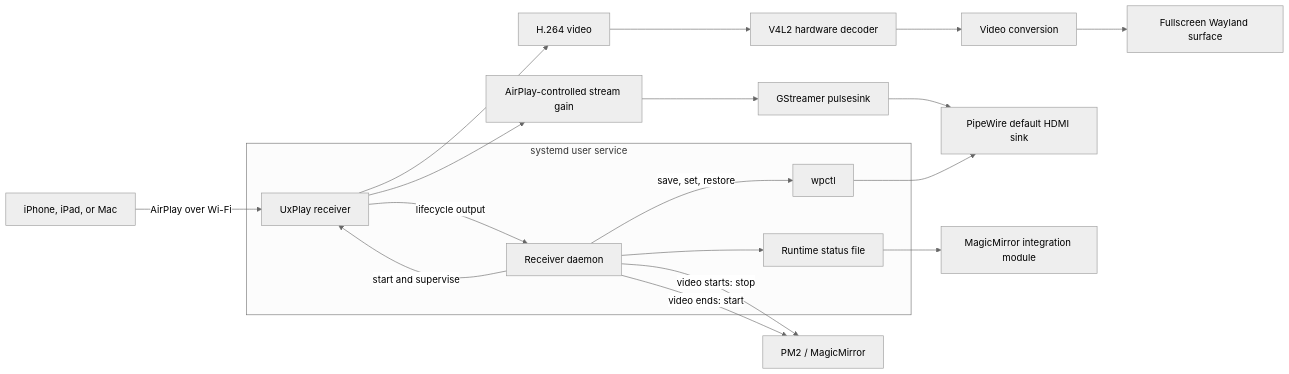
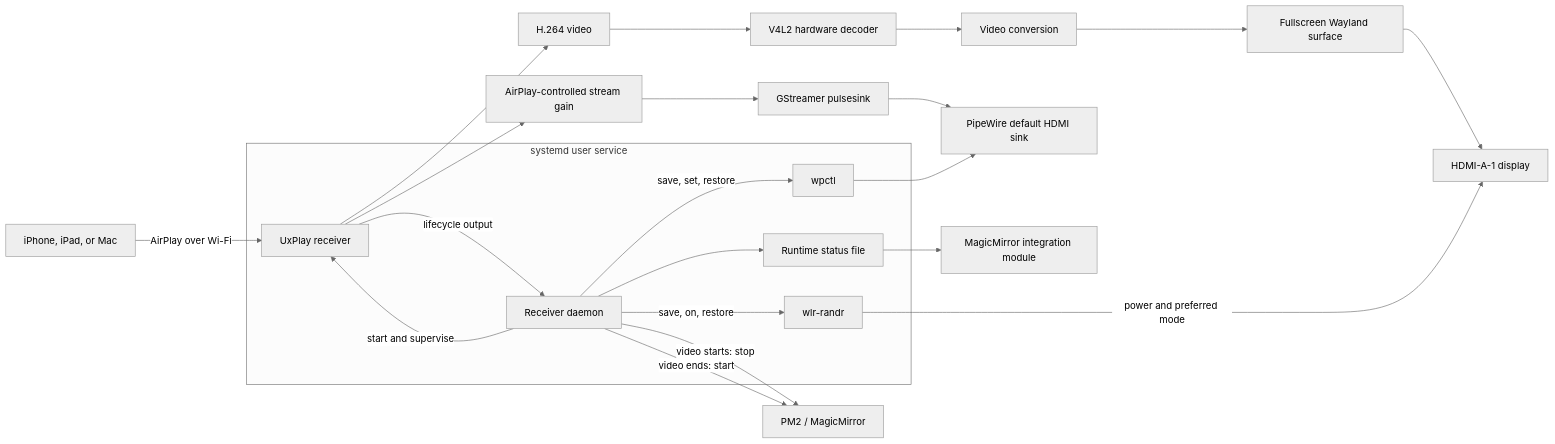
One commit to streicherlouw/MMM-Airplay-Receiver changed the diagram in README.md. Above: the diagram before and after it, drawn with Mermaid (neutral theme). The commit also changed other lines of this file and 7 other files, not shown here.

Commit message:
Manage display power during AirPlay sessions

````diff
--- a/README.md
+++ b/README.md
@@ -64,25 +73,28 @@
 ```mermaid
 flowchart LR
     Apple["iPhone, iPad, or Mac"] -->|"AirPlay over Wi-Fi"| UxPlay["UxPlay receiver"]
 
     subgraph ReceiverService["systemd user service"]
         Daemon["Receiver daemon"] -->|"start and supervise"| UxPlay
         UxPlay -->|"lifecycle output"| Daemon
         Daemon --> Status["Runtime status file"]
         Daemon -->|"save, set, restore"| Wpctl["wpctl"]
+        Daemon -->|"save, on, restore"| WlrRandr["wlr-randr"]
     end
 
     UxPlay --> Video["H.264 video"]
     Video --> Decoder["V4L2 hardware decoder"]
     Decoder --> Convert["Video conversion"]
     Convert --> Wayland["Fullscreen Wayland surface"]
+    Wayland --> HDMI["HDMI-A-1 display"]
+    WlrRandr -->|"power and preferred mode"| HDMI
 
     UxPlay --> Audio["AirPlay-controlled stream gain"]
     Audio --> Pulse["GStreamer pulsesink"]
     Pulse --> PipeWire["PipeWire default HDMI sink"]
     Wpctl --> PipeWire
 
     Daemon -->|"video starts: stop"| PM2["PM2 / MagicMirror"]
     Daemon -->|"video ends: start"| PM2
     Status --> Module["MagicMirror integration module"]
 ```
````
